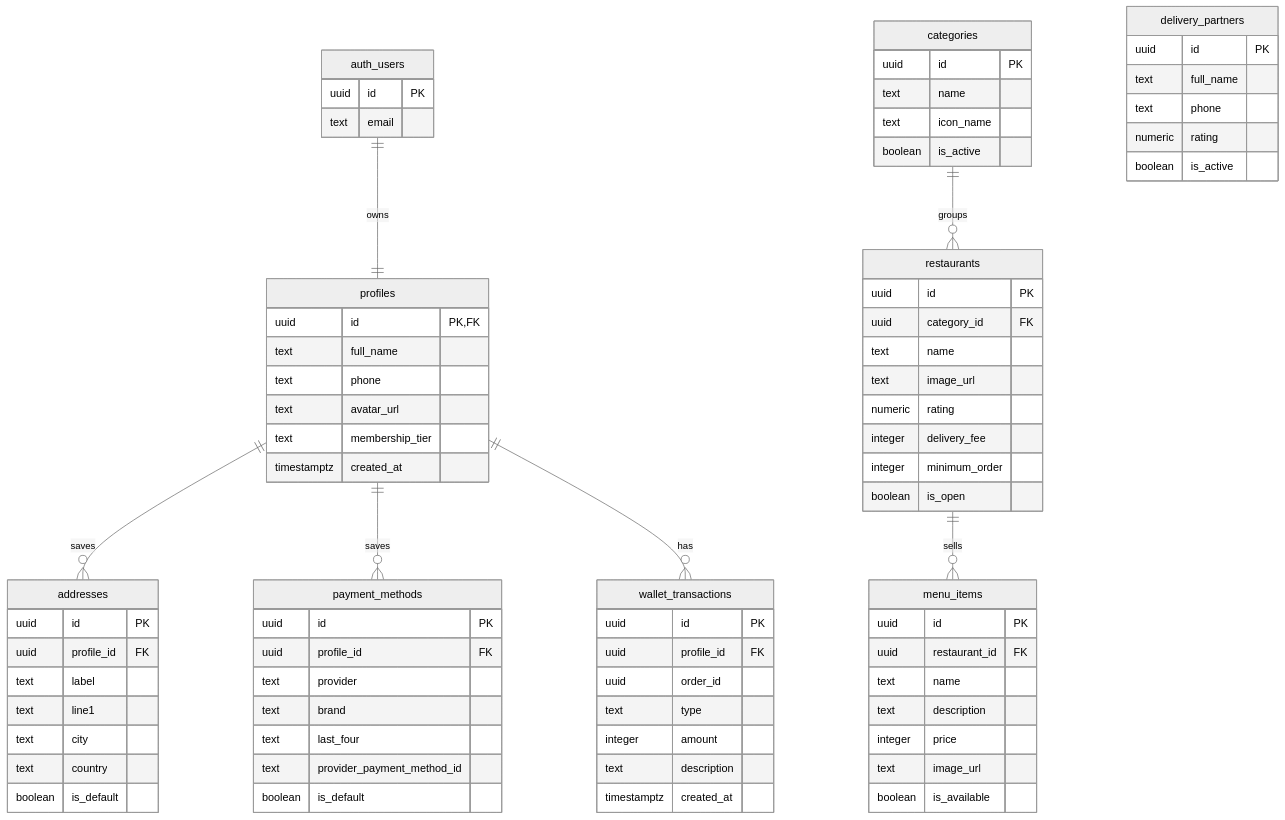
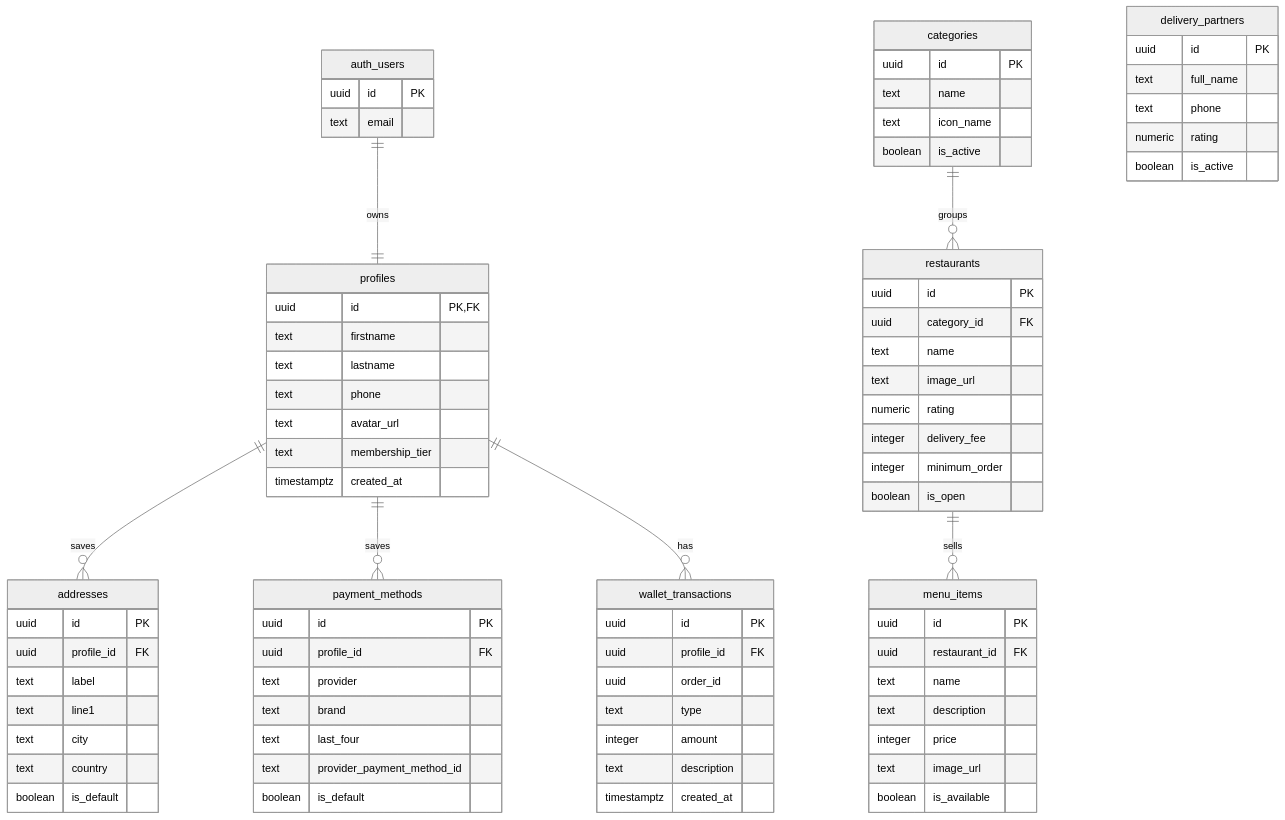
The diagram in supabase/database_diagram.md (abdiking200313/eatzy), drawn with Mermaid (neutral theme) before and after one commit. The commit also changed 1 other file, not shown here.

Commit message:
Fix profiles schema doc: firstname/lastname, not full_name (#3)
The repo owner queried the live database and posted the true `profiles`
column shape as a comment on issue #3: id, firstname, lastname, phone,
avatar_url. The Dart client already reads/writes firstname/lastname
(lib/features/profile/data/profile_repository.dart,
lib/features/profile/models/customer_profile.dart); supabase/schema.sql's
full_name column was the stale side of the drift.

Update the profiles table definition in schema.sql and the profiles
entity in database_diagram.md to match. delivery_partners.full_name is
a separate table/column and is left untouched.

Closes #3

Claude-Session: https://claude.ai/code/session_01BmrwqX3t5jAHu5nwzz5gZg

```diff
--- a/supabase/database_diagram.md
+++ b/supabase/database_diagram.md
@@ -43,7 +43,8 @@
 
     profiles {
       uuid id PK, FK
-      text full_name
+      text firstname
+      text lastname
       text phone
       text avatar_url
       text membership_tier
```
